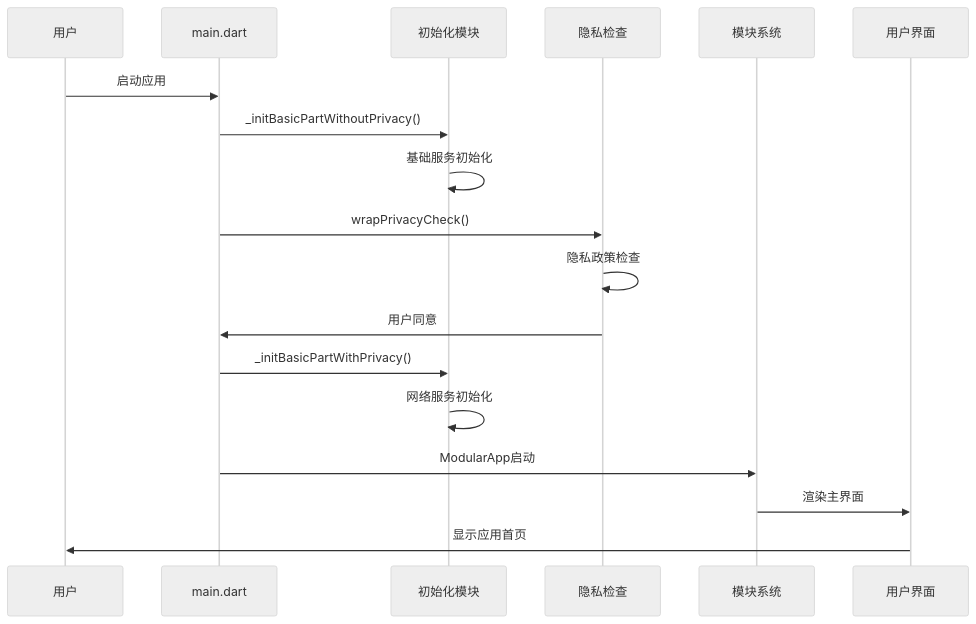
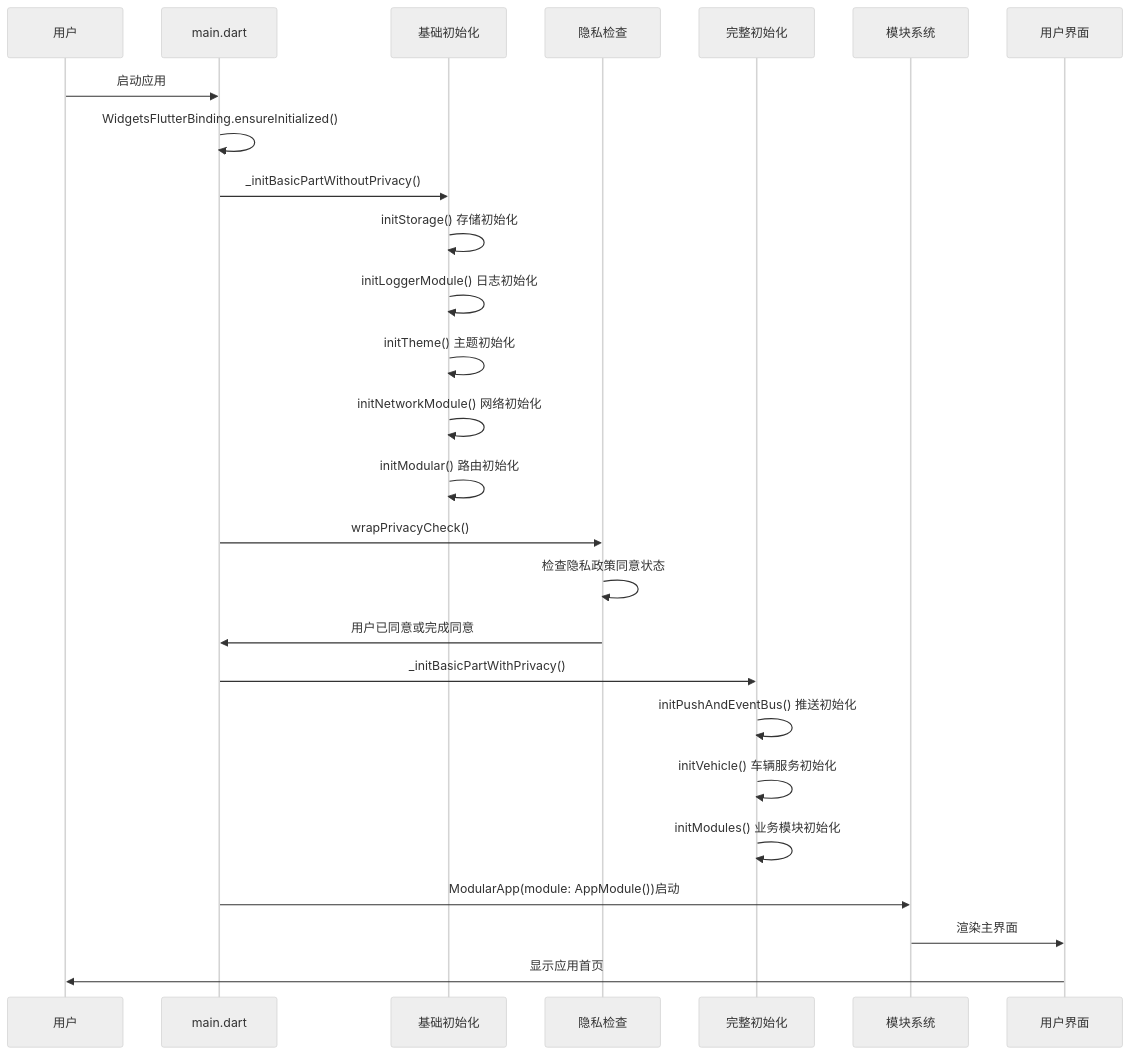
Before and after one commit to aichiko0225/oneapp_docs: diagram 17 of 19 in OneApp架构设计文档.md, drawn with Mermaid (neutral theme). The commit also changed other lines of this file and 2 other files, not shown here.

````diff
--- a/OneApp架构设计文档.md
+++ b/OneApp架构设计文档.md
@@ -1871,21 +2543,29 @@
 ```mermaid
 sequenceDiagram
     participant User as 用户
     participant Main as main.dart
-    participant Init as 初始化模块
+    participant BasicInit as 基础初始化
     participant Privacy as 隐私检查
+    participant FullInit as 完整初始化
     participant Module as 模块系统
     participant UI as 用户界面
     
     User->>Main: 启动应用
-    Main->>Init: _initBasicPartWithoutPrivacy()
-    Init->>Init: 基础服务初始化
+    Main->>Main: WidgetsFlutterBinding.ensureInitialized()
+    Main->>BasicInit: _initBasicPartWithoutPrivacy()
+    BasicInit->>BasicInit: initStorage() 存储初始化
+    BasicInit->>BasicInit: initLoggerModule() 日志初始化
+    BasicInit->>BasicInit: initTheme() 主题初始化
+    BasicInit->>BasicInit: initNetworkModule() 网络初始化
+    BasicInit->>BasicInit: initModular() 路由初始化
     Main->>Privacy: wrapPrivacyCheck()
-    Privacy->>Privacy: 隐私政策检查
-    Privacy->>Main: 用户同意
-    Main->>Init: _initBasicPartWithPrivacy()
-    Init->>Init: 网络服务初始化
-    Main->>Module: ModularApp启动
+    Privacy->>Privacy: 检查隐私政策同意状态
+    Privacy->>Main: 用户已同意或完成同意
+    Main->>FullInit: _initBasicPartWithPrivacy()
+    FullInit->>FullInit: initPushAndEventBus() 推送初始化
+    FullInit->>FullInit: initVehicle() 车辆服务初始化
+    FullInit->>FullInit: initModules() 业务模块初始化
+    Main->>Module: ModularApp(module: AppModule())启动
     Module->>UI: 渲染主界面
     UI->>User: 显示应用首页
 ```
````
